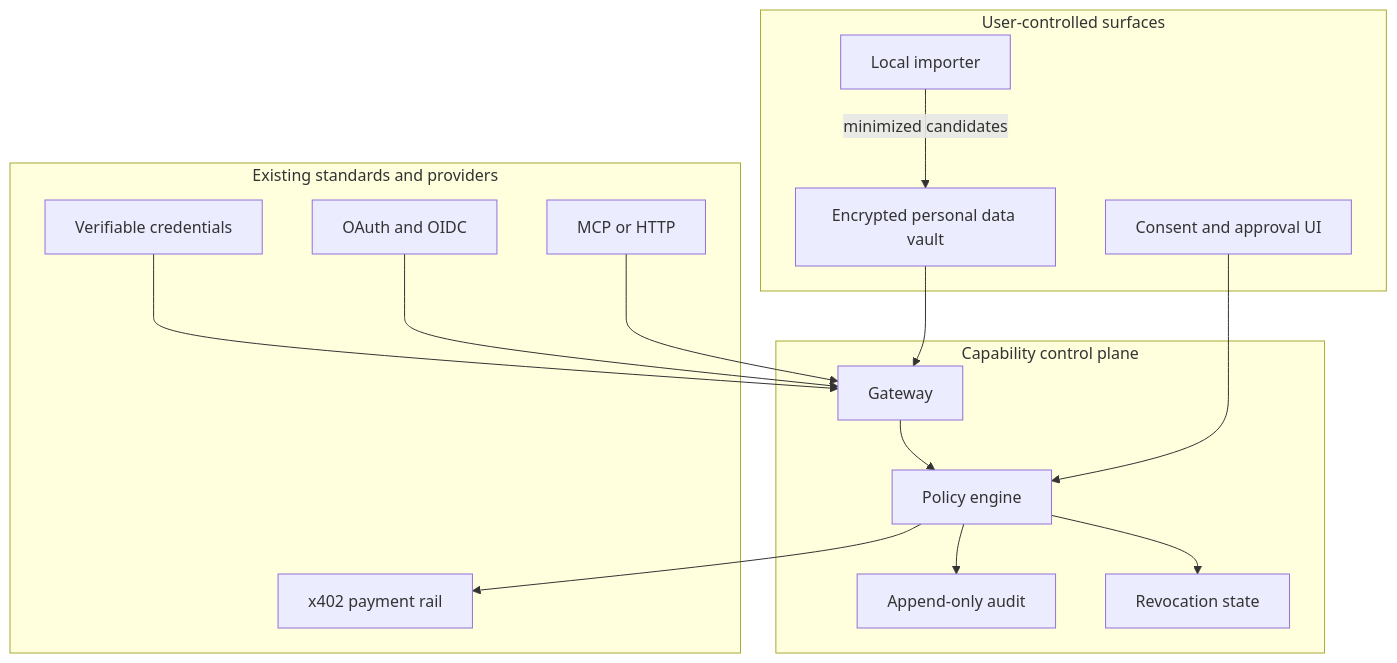
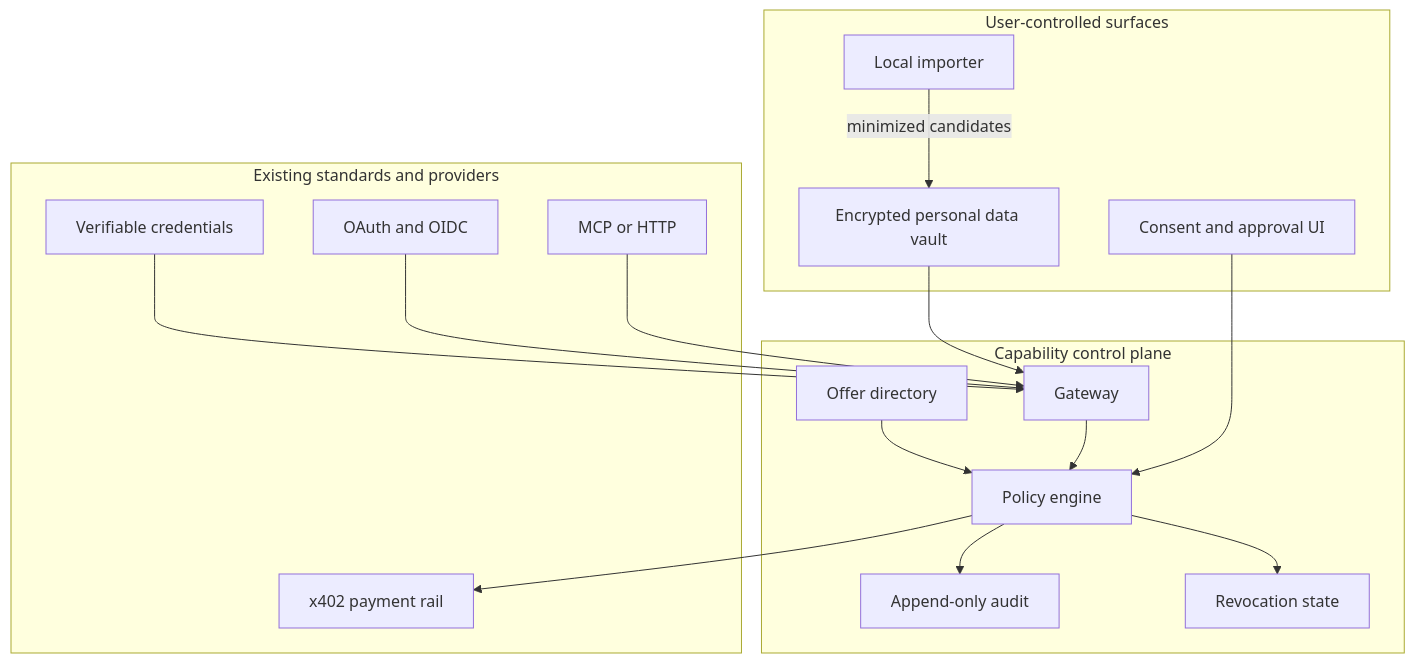
The diagram in docs/architecture.md (InTheta/agent-capability-middleware), drawn with Mermaid before and after one commit. The commit also changed other lines of this file and 26 other files, not shown here.

````diff
--- a/docs/architecture.md
+++ b/docs/architecture.md
@@ -5,33 +5,35 @@
 ```mermaid
 flowchart TB
     subgraph UserSide["User-controlled surfaces"]
       V["Encrypted personal data vault"]
       C["Consent and approval UI"]
       L["Local importer"]
     end
 
     subgraph ControlPlane["Capability control plane"]
       G["Gateway"]
       P["Policy engine"]
+      D["Offer directory"]
       A["Append-only audit"]
       R["Revocation state"]
     end
 
     subgraph Standards["Existing standards and providers"]
       M["MCP or HTTP"]
       O["OAuth and OIDC"]
       VC["Verifiable credentials"]
       X["x402 payment rail"]
     end
 
     L -->|"minimized candidates"| V
     C --> P
     V --> G
     G --> P
     P --> A
     P --> R
+    D --> P
     M --> G
     O --> G
     VC --> G
     P --> X
 ```
````
